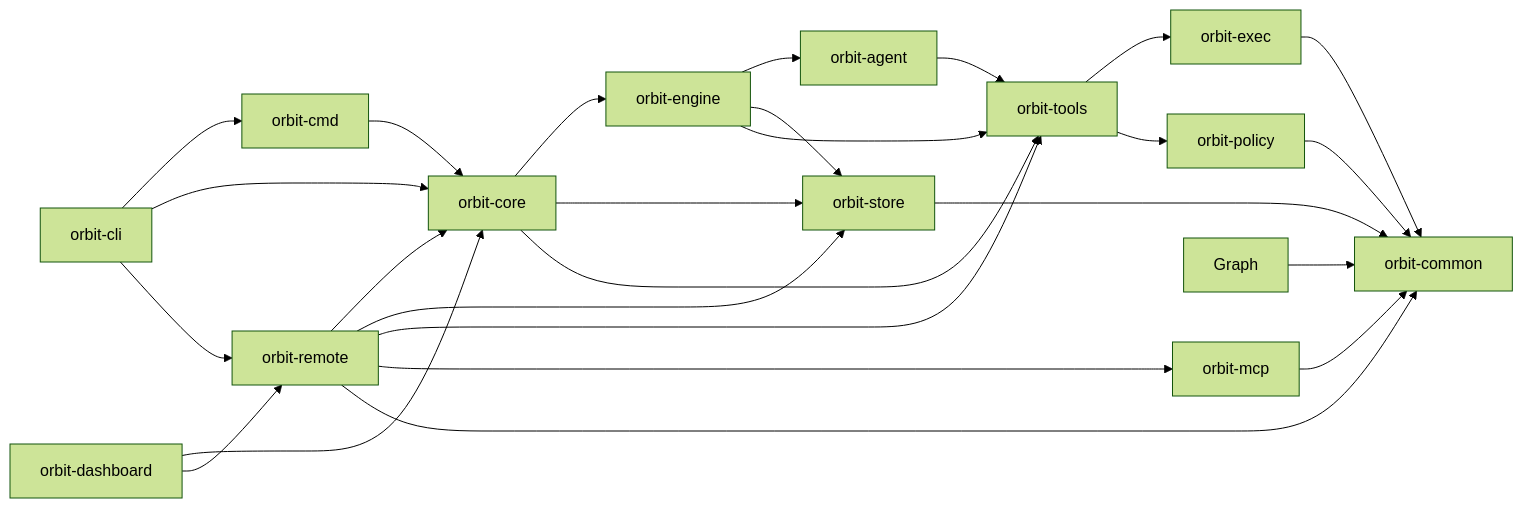
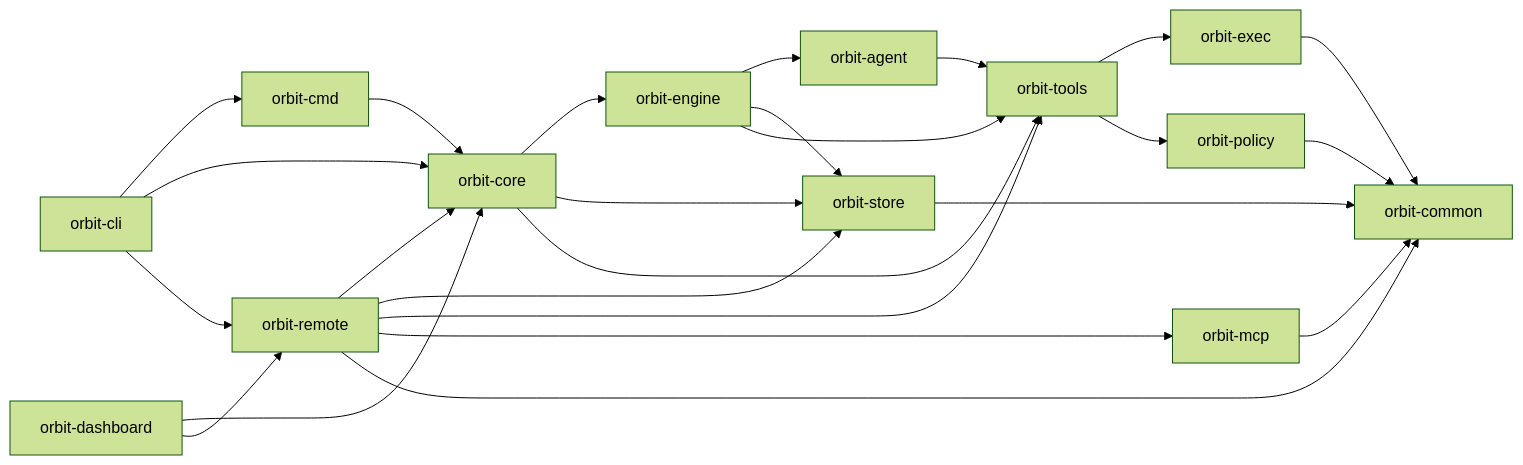
The diagram in website/src/content/docs/contributing/crate-layout.md (danieljhkim/orbit), drawn with Mermaid (forest theme) before and after one commit. The commit also changed other lines of this file and 258 other files, not shown here.

First line of the commit message:
refactor: Delete orbit-graph and its remaining live surface [ORB-10491]

````diff
--- a/website/src/content/docs/contributing/crate-layout.md
+++ b/website/src/content/docs/contributing/crate-layout.md
@@ -30,28 +29,27 @@
 ```mermaid
 flowchart LR
   CLI["orbit-cli"] --> Cmd["orbit-cmd"]
   CLI --> Core["orbit-core"]
   CLI --> Remote["orbit-remote"]
   Dashboard["orbit-dashboard"] --> Core
   Dashboard --> Remote
   Cmd --> Core
   Core --> Engine["orbit-engine"]
   Core --> Store["orbit-store"]
   Core --> Tools["orbit-tools"]
   Engine --> Agent["orbit-agent"]
   Engine --> Store
   Engine --> Tools
   Agent --> Tools
   Tools --> Exec["orbit-exec"]
   Tools --> Policy["orbit-policy"]
   Remote --> Core
   Remote --> Store
   Remote --> Tools
   Remote --> MCP["orbit-mcp"]
   Remote --> Common["orbit-common"]
-  Graph --> Common
   MCP --> Common["orbit-common"]
   Store --> Common
   Exec --> Common
   Policy --> Common
 ```
````
